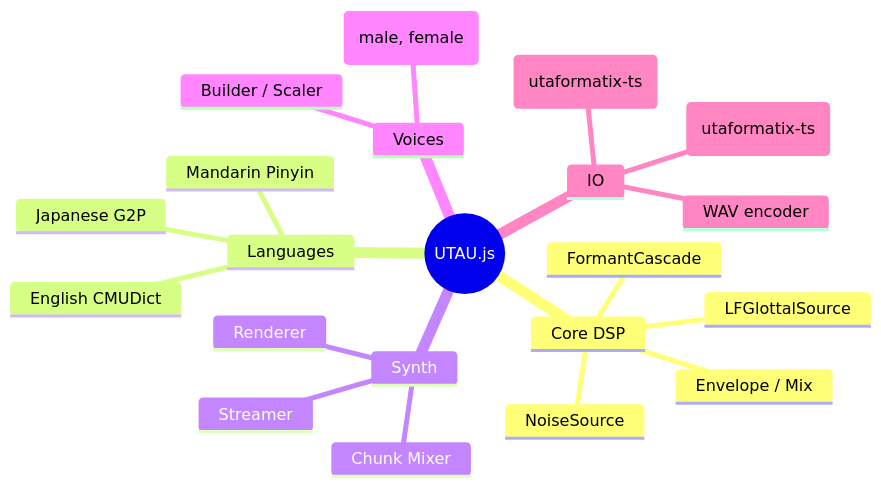
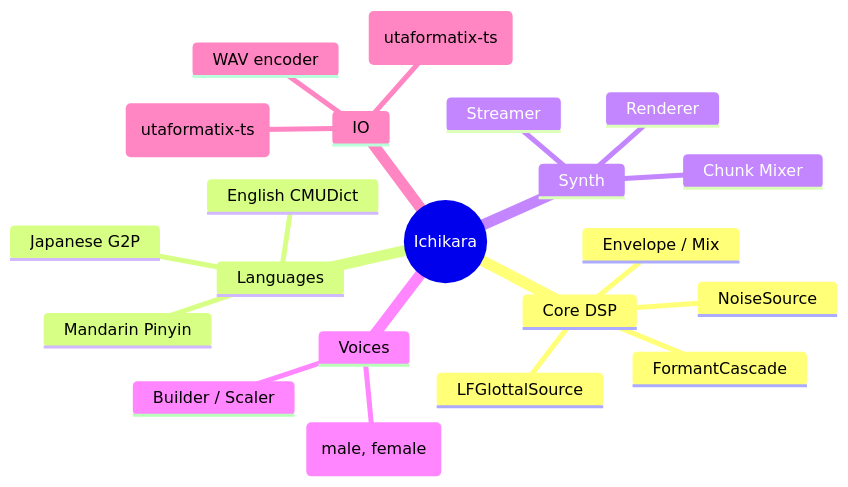
Before and after one commit to NellowTCS/UTAU.js: the diagram in README.md, drawn with Mermaid. The commit also changed other lines of this file and 55 other files, not shown here.

````diff
--- a/README.md
+++ b/README.md
@@ -88,24 +88,24 @@
 ```mermaid
 mindmap
-  root((UTAU.js))
+  root((Ichikara))
     Core DSP
       LFGlottalSource
       FormantCascade
       NoiseSource
       Envelope / Mix
     Languages
       Japanese G2P
       English CMUDict
       Mandarin Pinyin
     Synth
       Renderer
       Streamer
       Chunk Mixer
     Voices
       Presets (male, female)
       Builder / Scaler
     IO
       Import (utaformatix-ts)
       Export (utaformatix-ts)
       WAV encoder
 ```
````
